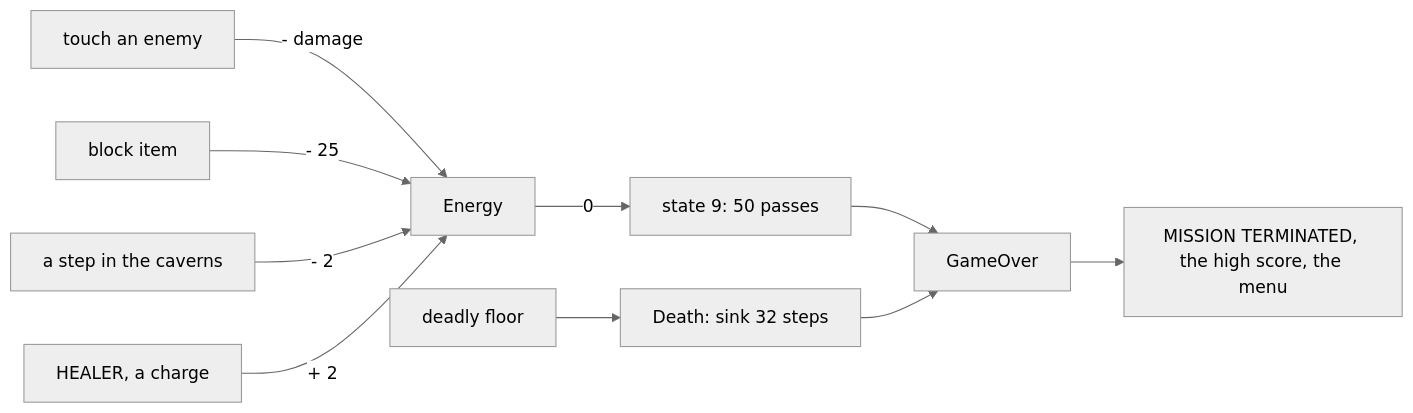
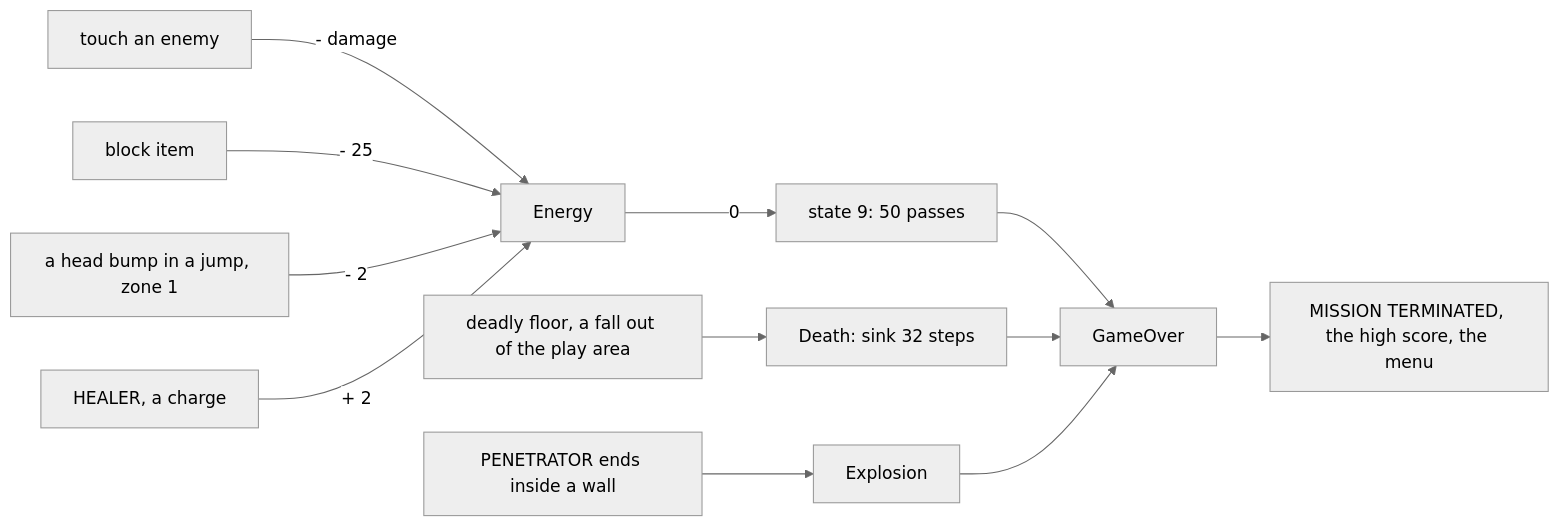
Before and after one commit to alfishe/unrealng-reverse-cases: the third of 4 diagrams in games/mask-iii/docs/01-game-design.md, drawn with Mermaid (neutral theme). The commit also changed other lines of this file and 36 other files, not shown here.

````diff
--- a/games/mask-iii/docs/01-game-design.md
+++ b/games/mask-iii/docs/01-game-design.md
@@ -206,10 +234,11 @@
 ```mermaid
 flowchart LR
     A["touch an enemy"] -->|"- damage"| E["Energy"]
     B["block item"] -->|"- 25"| E
-    C["a step in the caverns"] -->|"- 2"| E
+    C["a head bump in a jump, zone 1"] -->|"- 2"| E
     H["HEALER, a charge"] -->|"+ 2"| E
     E -->|"0"| N["state 9: 50 passes"] --> G["GameOver"]
-    F["deadly floor"] --> D["Death: sink 32 steps"] --> G
+    F["deadly floor, a fall out of the play area"] --> D["Death: sink 32 steps"] --> G
+    P["PENETRATOR ends inside a wall"] --> X["Explosion"] --> G
     G --> M["MISSION TERMINATED, the high score, the menu"]
 ```
````
